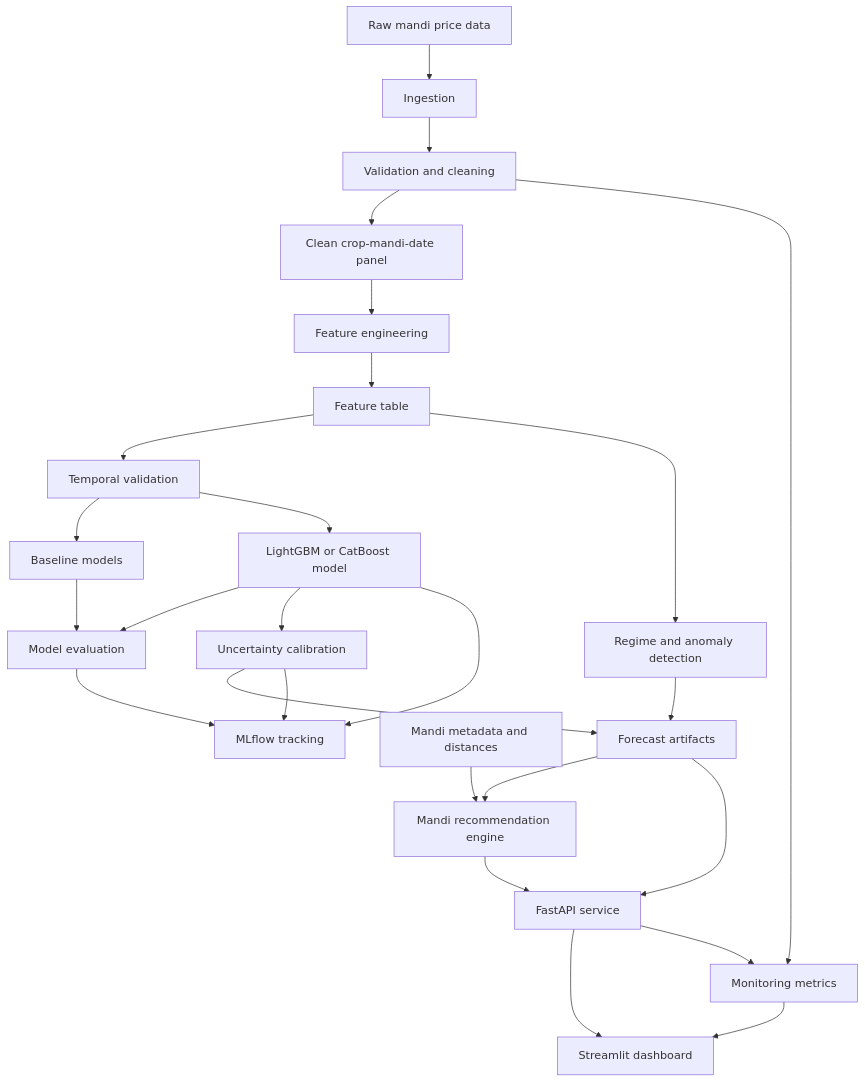
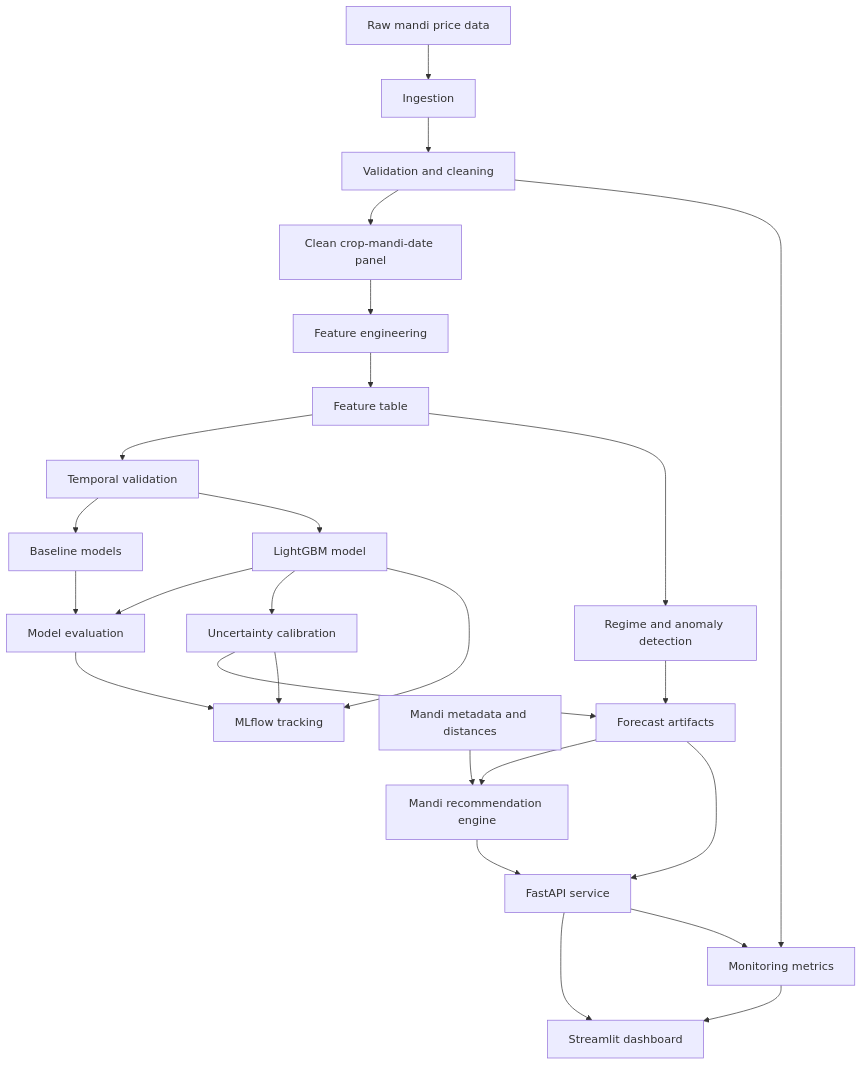
One commit to kaustubh-dot/MandiPulse changed the first of 2 diagrams in docs/ARCHITECTURE.md. Above: the diagram before and after it, drawn with Mermaid. The commit also changed other lines of this file and 23 other files, not shown here.

````diff
--- a/docs/ARCHITECTURE.md
+++ b/docs/ARCHITECTURE.md
@@ -11,28 +11,28 @@
 ```mermaid
 flowchart TD
     A["Raw mandi price data"] --> B["Ingestion"]
     B --> C["Validation and cleaning"]
     C --> D["Clean crop-mandi-date panel"]
     D --> E["Feature engineering"]
     E --> F["Feature table"]
     F --> G["Temporal validation"]
     G --> H["Baseline models"]
-    G --> I["LightGBM or CatBoost model"]
+    G --> I["LightGBM model"]
     H --> J["Model evaluation"]
     I --> J
     I --> K["Uncertainty calibration"]
     F --> L["Regime and anomaly detection"]
     K --> M["Forecast artifacts"]
     L --> M
     M --> N["Mandi recommendation engine"]
     O["Mandi metadata and distances"] --> N
     N --> P["FastAPI service"]
     M --> P
     P --> Q["Streamlit dashboard"]
     J --> R["MLflow tracking"]
     I --> R
     K --> R
     P --> S["Monitoring metrics"]
     C --> S
     S --> Q
 ```
````
